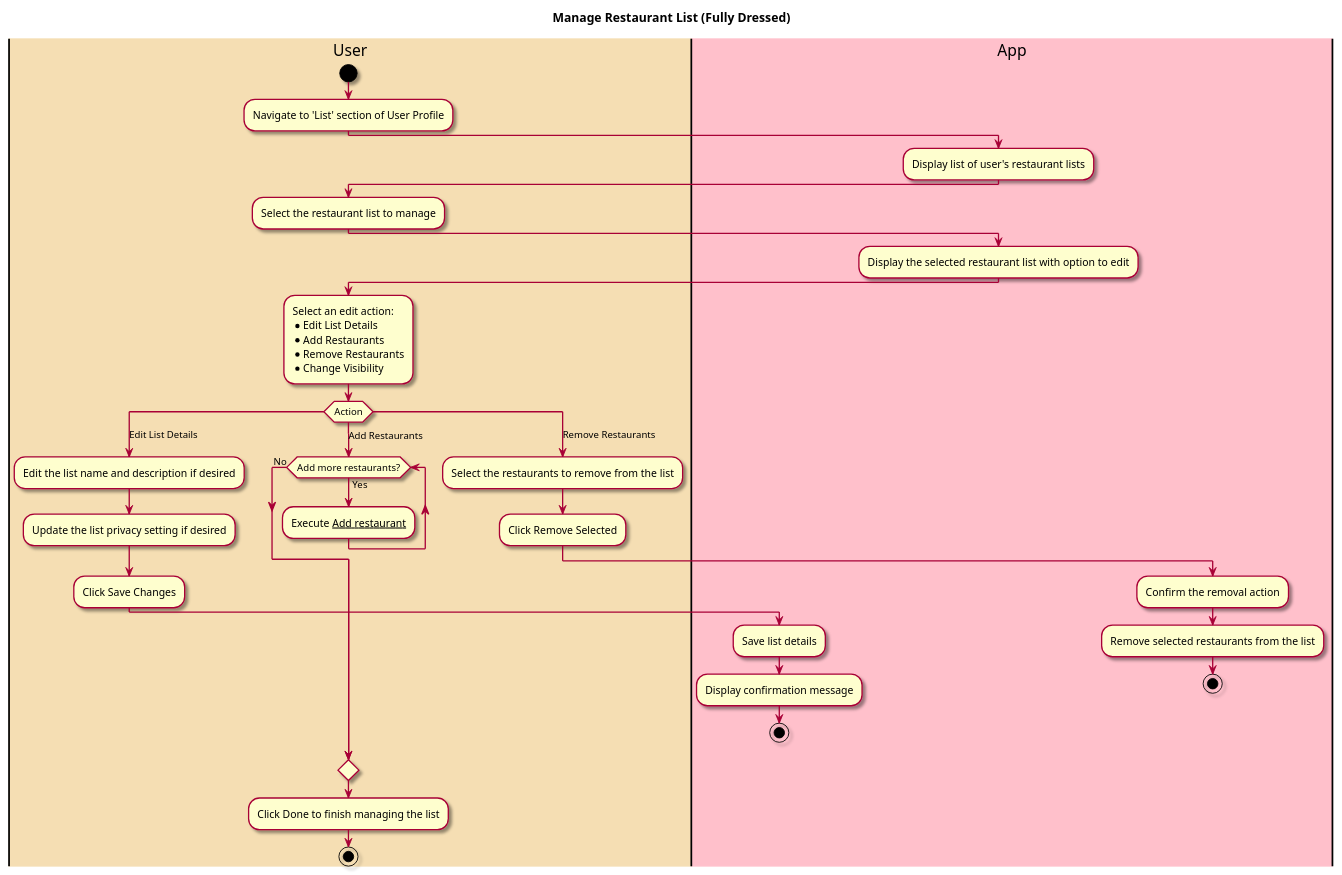
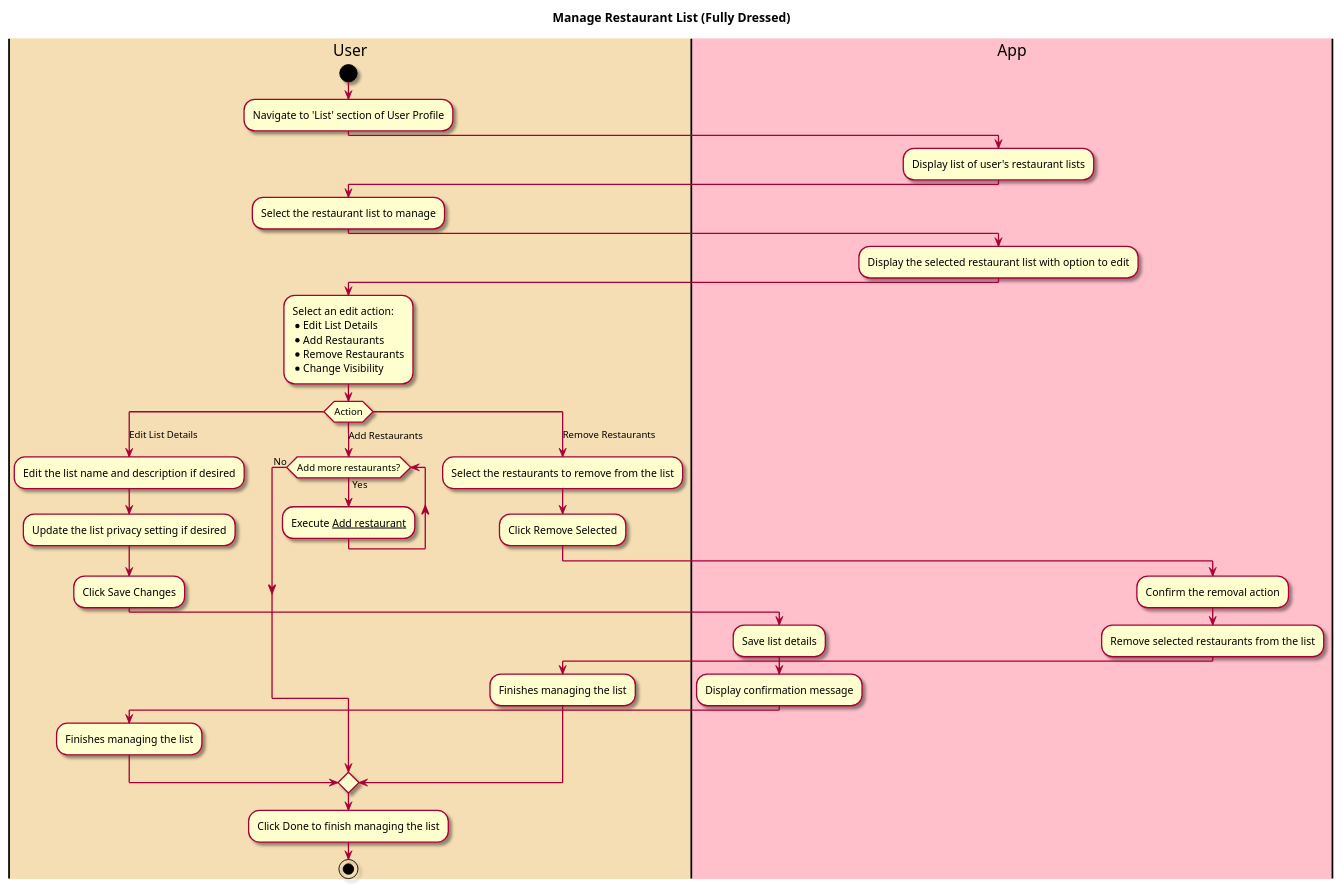
One commit to tanwasp/LunchBox-Android changed the first of 2 diagrams in intellij/doc/use_cases/manage-list.md. Above: the diagram before and after it, drawn with PlantUML.

`````diff
--- a/intellij/doc/use_cases/manage-list.md
+++ b/intellij/doc/use_cases/manage-list.md
@@ -17,62 +17,64 @@
 ````plantuml
 @startuml
 
 skin rose
 
 title Manage Restaurant List (Fully Dressed)
 
 |#wheat|User|
 |#pink|App|
 
 |User|
 start
 :Navigate to 'List' section of User Profile;
 |App|
 :Display list of user's restaurant lists;
 |User|
 :Select the restaurant list to manage;
 
 |App|
 :Display the selected restaurant list with option to edit;
 
 |User|
     :Select an edit action:
     * Edit List Details
     * Add Restaurants
     * Remove Restaurants
     * Change Visibility;
 
     switch (Action)
         case (Edit List Details)
             |User|
             :Edit the list name and description if desired;
             :Update the list privacy setting if desired;
             :Click Save Changes;
             |App|
             :Save list details;
             :Display confirmation message;
-            stop
+            |User|
+            :Finishes managing the list;
         case (Add Restaurants)
             |User|
             while (Add more restaurants?) is (Yes)
 :Execute __Add restaurant__;
             endwhile (No)
         case (Remove Restaurants)
                 |User|
                 :Select the restaurants to remove from the list;
                 :Click Remove Selected;
                 |App|
                 :Confirm the removal action;
                 :Remove selected restaurants from the list;
-                stop
+                |User|
+            :Finishes managing the list;
      endswitch
 
 
 |User|
 :Click Done to finish managing the list;
 
 stop
 
 @enduml  
 
 ````
`````
